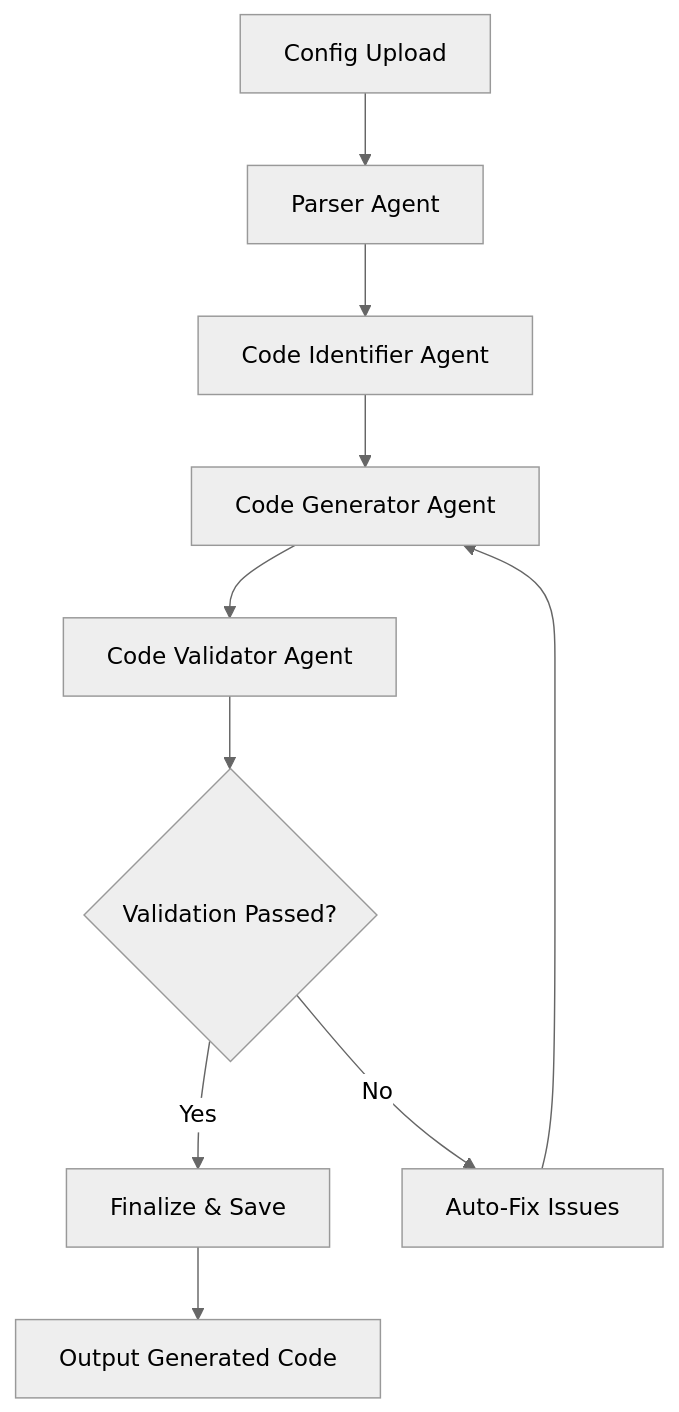
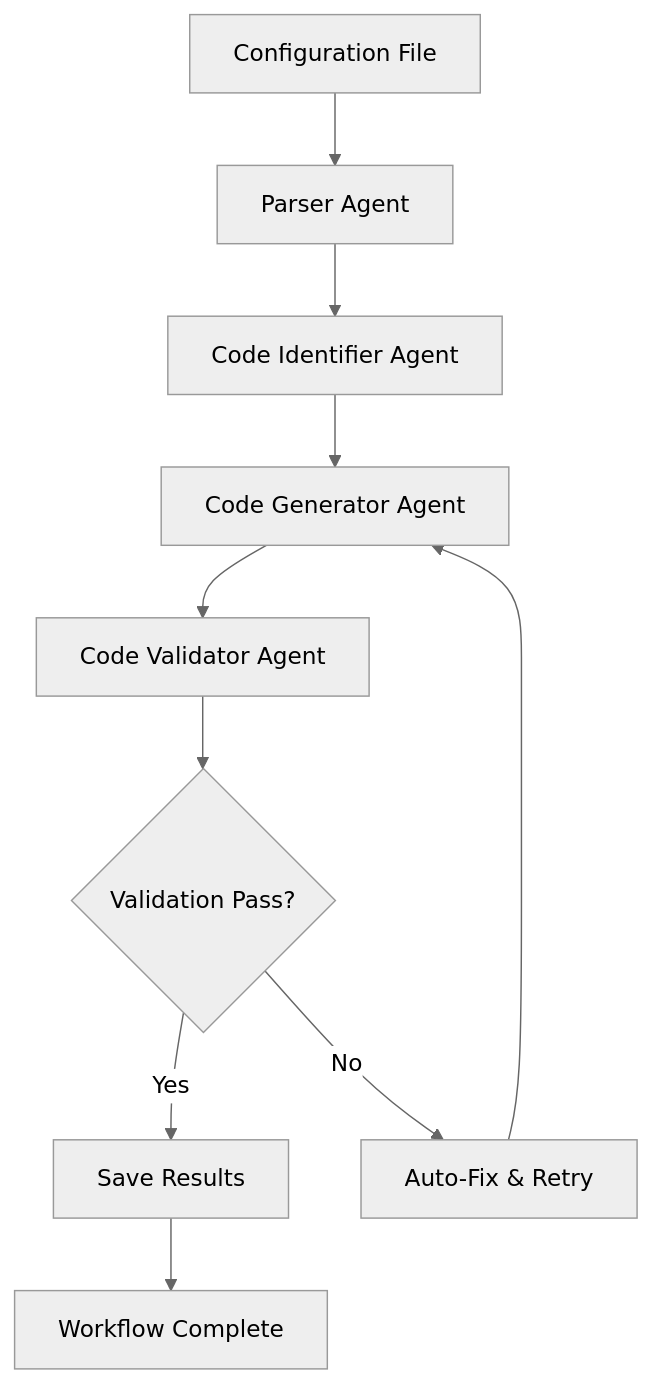
The diagram in code_generator/README.md (venkatesh27das/langraph_ai), drawn with Mermaid (neutral theme) before and after one commit. The commit also changed other lines of this file, not shown here.

````diff
--- a/code_generator/README.md
+++ b/code_generator/README.md
@@ -30,12 +26,12 @@
 ```mermaid
 graph TD
-    A[Config Upload] --> B[Parser Agent]
+    A[Configuration File] --> B[Parser Agent]
     B --> C[Code Identifier Agent]
     C --> D[Code Generator Agent]
     D --> E[Code Validator Agent]
-    E --> F{Validation Passed?}
-    F -->|Yes| G[Finalize & Save]
-    F -->|No| H[Auto-Fix Issues]
+    E --> F{Validation Pass?}
+    F -->|Yes| G[Save Results]
+    F -->|No| H[Auto-Fix & Retry]
     H --> D
-    G --> I[Output Generated Code]
+    G --> I[Workflow Complete]
 ```
````
